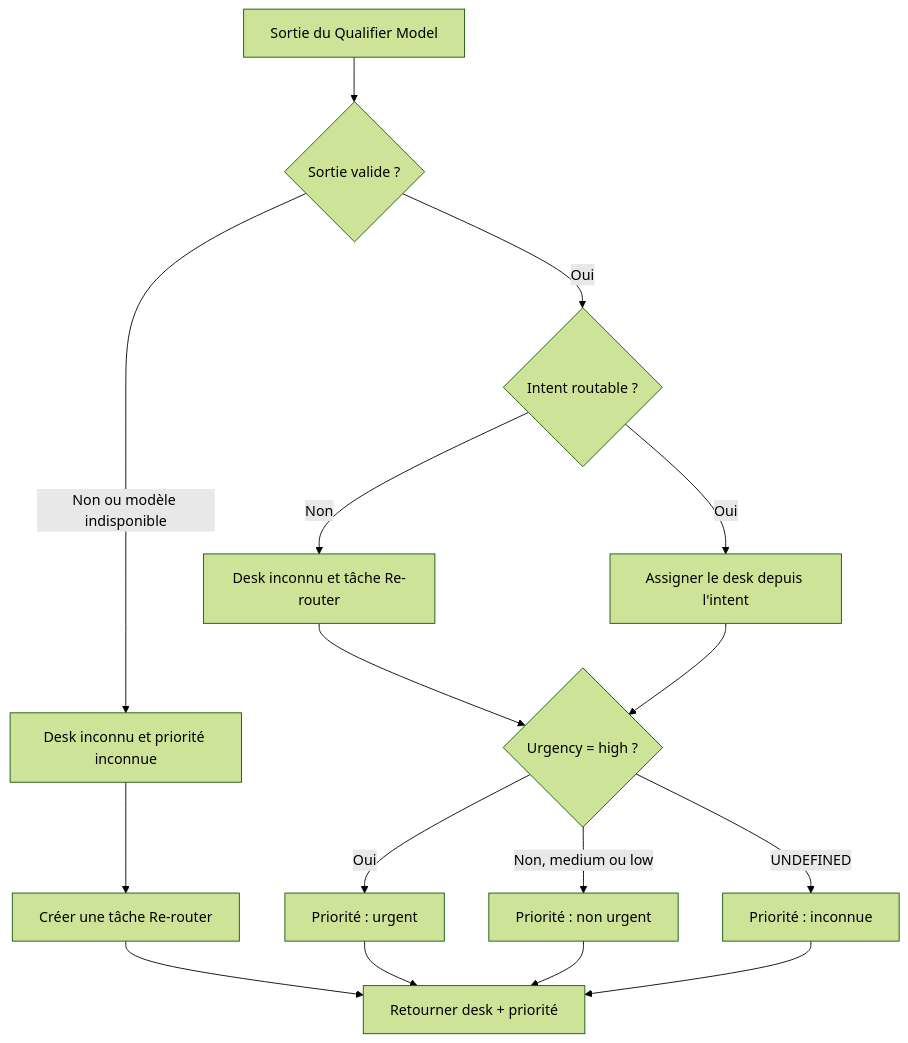
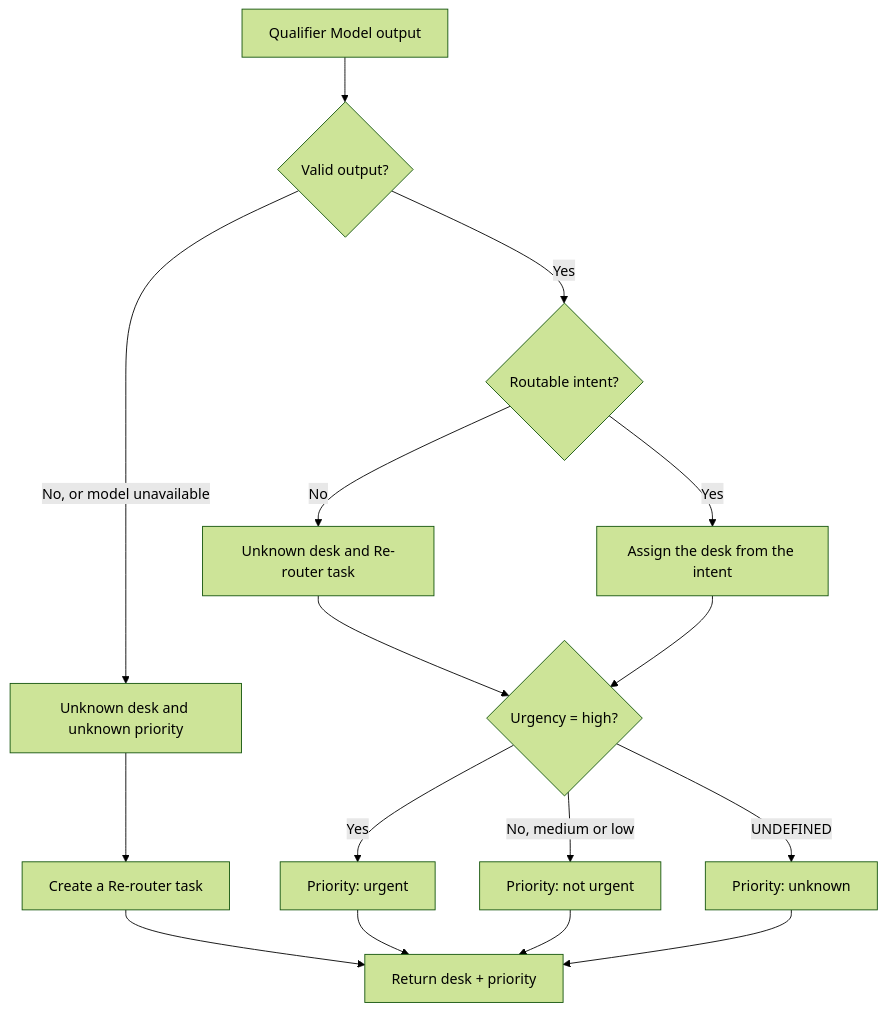
Before and after one commit to Xenodion/data-ai-product-to-delivery-navy: the diagram in specs/004-routing-node/error-consequences.md, drawn with Mermaid (forest theme). The commit also changed other lines of this file and 59 other files, not shown here.

````diff
--- a/specs/004-routing-node/error-consequences.md
+++ b/specs/004-routing-node/error-consequences.md
@@ -5,19 +5,19 @@
 ```mermaid
 flowchart TD
-    A[Sortie du Qualifier Model] --> B{Sortie valide ?}
-    B -->|Non ou modèle indisponible| C[Desk inconnu et priorité inconnue]
-    C --> D[Créer une tâche Re-router]
-    B -->|Oui| E{Intent routable ?}
-    E -->|Non| K[Desk inconnu et tâche Re-router]
-    E -->|Oui| L[Assigner le desk depuis l'intent]
-    K --> F{Urgency = high ?}
+    A[Qualifier Model output] --> B{Valid output?}
+    B -->|No, or model unavailable| C[Unknown desk and unknown priority]
+    C --> D[Create a Re-router task]
+    B -->|Yes| E{Routable intent?}
+    E -->|No| K[Unknown desk and Re-router task]
+    E -->|Yes| L[Assign the desk from the intent]
+    K --> F{Urgency = high?}
     L --> F
-    F -->|Oui| G[Priorité : urgent]
-    F -->|Non, medium ou low| H[Priorité : non urgent]
-    F -->|UNDEFINED| I[Priorité : inconnue]
+    F -->|Yes| G[Priority: urgent]
+    F -->|No, medium or low| H[Priority: not urgent]
+    F -->|UNDEFINED| I[Priority: unknown]
 
-    D --> J[Retourner desk + priorité]
+    D --> J[Return desk + priority]
     G --> J
     H --> J
     I --> J
 ```
````
